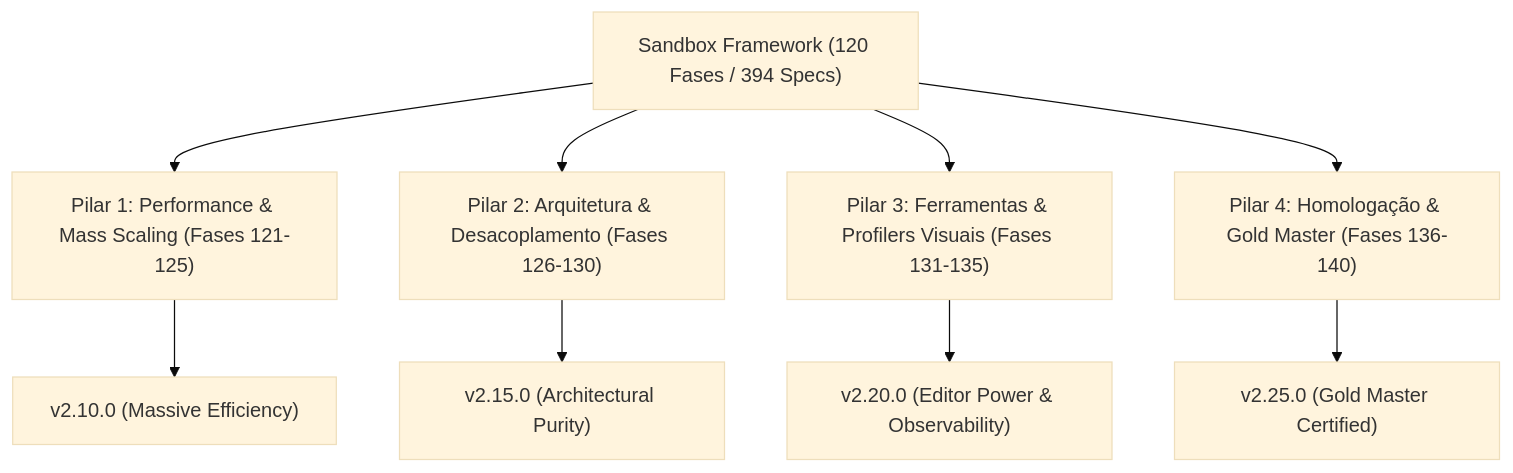
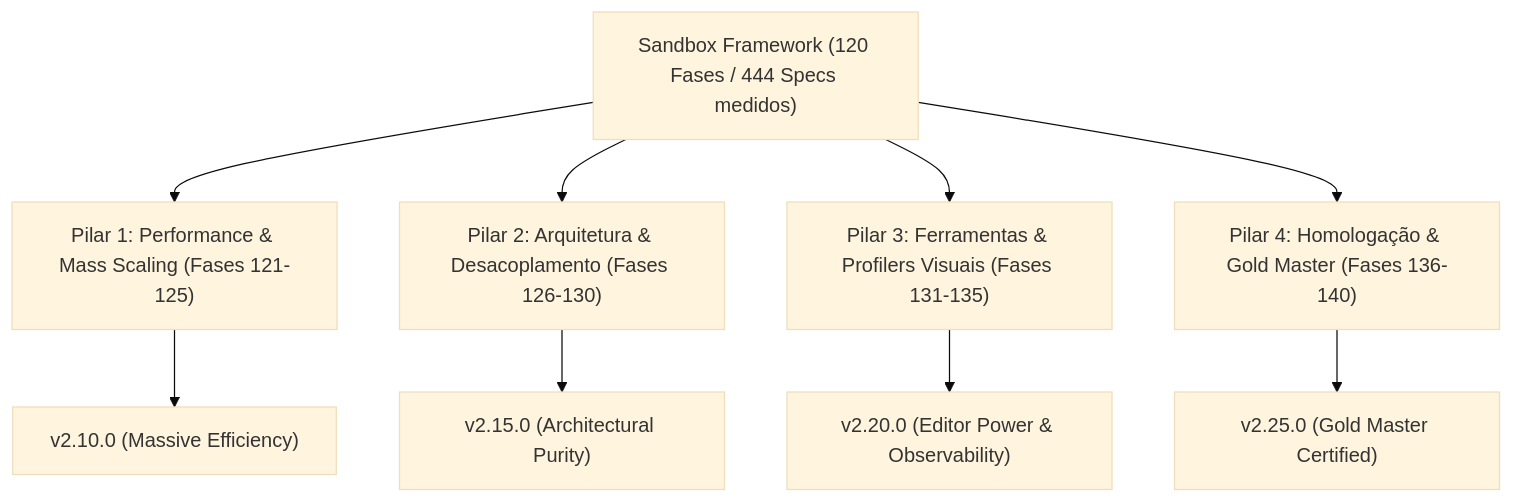
Before and after one commit to JoaoSantosCodes/GameAnimationSampleSandbox-Framework: the diagram in Plugins/Documentos/Sandbox_Framework/roadmap_refinamento_e_otimizacao.md, drawn with Mermaid (base theme). The commit also changed other lines of this file and 4 other files, not shown here.

````diff
--- a/Plugins/Documentos/Sandbox_Framework/roadmap_refinamento_e_otimizacao.md
+++ b/Plugins/Documentos/Sandbox_Framework/roadmap_refinamento_e_otimizacao.md
@@ -21,12 +21,12 @@
 ```mermaid
 graph TD
-    A["Sandbox Framework (120 Fases / 394 Specs)"] --> B["Pilar 1: Performance & Mass Scaling (Fases 121-125)"]
+    A["Sandbox Framework (120 Fases / 444 Specs medidos)"] --> B["Pilar 1: Performance & Mass Scaling (Fases 121-125)"]
     A --> C["Pilar 2: Arquitetura & Desacoplamento (Fases 126-130)"]
     A --> D["Pilar 3: Ferramentas & Profilers Visuais (Fases 131-135)"]
     A --> E["Pilar 4: Homologação & Gold Master (Fases 136-140)"]
     
     B --> F["v2.10.0 (Massive Efficiency)"]
     C --> G["v2.15.0 (Architectural Purity)"]
     D --> H["v2.20.0 (Editor Power & Observability)"]
     E --> I["v2.25.0 (Gold Master Certified)"]
 ```
````
